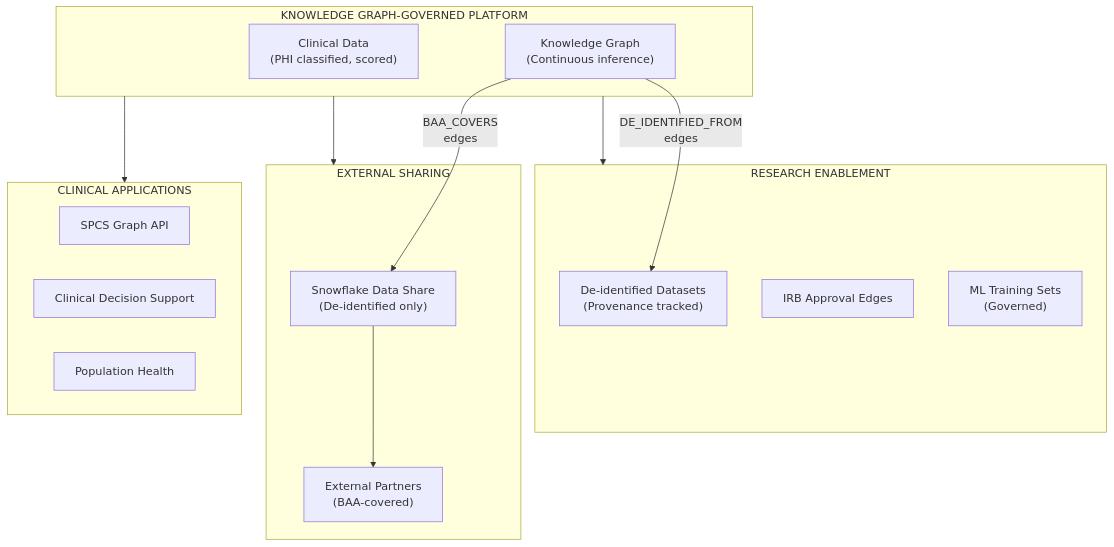
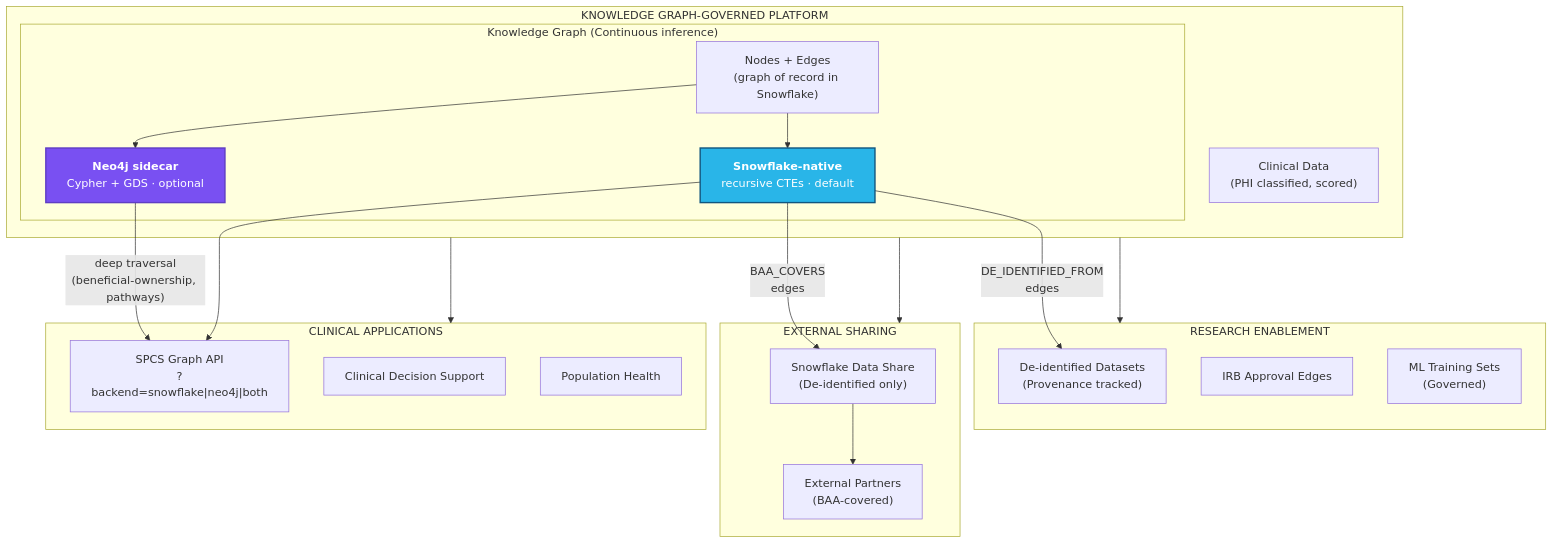
Before and after one commit to sfc-gh-smitchener-1/snowflake-dca-fullstack-demo: the third of 3 diagrams in industry-demos/hcls/ARCHITECTURE_STRATEGY.md, drawn with Mermaid. The commit also changed other lines of this file and 3 other files, not shown here.

````diff
--- a/industry-demos/hcls/ARCHITECTURE_STRATEGY.md
+++ b/industry-demos/hcls/ARCHITECTURE_STRATEGY.md
@@ -73,27 +87,40 @@
 ```mermaid
 flowchart TB
     subgraph GOVERNED["KNOWLEDGE GRAPH-GOVERNED PLATFORM"]
-        CLINICAL["Clinical Data\n(PHI classified, scored)"]
-        GRAPH["Knowledge Graph\n(Continuous inference)"]
+        CLINICAL["Clinical Data<br/>(PHI classified, scored)"]
+        subgraph KG["Knowledge Graph (Continuous inference)"]
+            NODES["Nodes + Edges<br/>(graph of record in Snowflake)"]
+            SF_ENG["<b>Snowflake-native</b><br/>recursive CTEs · default"]
+            NEO_ENG["<b>Neo4j sidecar</b><br/>Cypher + GDS · optional"]
+        end
     end
     subgraph RESEARCH["RESEARCH ENABLEMENT"]
-        DEID["De-identified Datasets\n(Provenance tracked)"]
+        DEID["De-identified Datasets<br/>(Provenance tracked)"]
         IRB["IRB Approval Edges"]
-        ML["ML Training Sets\n(Governed)"]
+        ML["ML Training Sets<br/>(Governed)"]
     end
     subgraph EXTERNAL["EXTERNAL SHARING"]
-        SHARE["Snowflake Data Share\n(De-identified only)"]
-        PARTNERS["External Partners\n(BAA-covered)"]
+        SHARE["Snowflake Data Share<br/>(De-identified only)"]
+        PARTNERS["External Partners<br/>(BAA-covered)"]
     end
     subgraph APPS["CLINICAL APPLICATIONS"]
-        SPCS["SPCS Graph API"]
+        SPCS["SPCS Graph API<br/>?backend=snowflake|neo4j|both"]
         CDS["Clinical Decision Support"]
         POP["Population Health"]
     end
+    NODES --> SF_ENG
+    NODES --> NEO_ENG
+    SF_ENG -->|"DE_IDENTIFIED_FROM<br/>edges"| DEID
+    SF_ENG -->|"BAA_COVERS<br/>edges"| SHARE
+    NEO_ENG -->|"deep traversal<br/>(beneficial-ownership, pathways)"| SPCS
+    SF_ENG --> SPCS
     GOVERNED --> RESEARCH
     GOVERNED --> EXTERNAL
     GOVERNED --> APPS
-    GRAPH -->|"DE_IDENTIFIED_FROM\nedges"| DEID
-    GRAPH -->|"BAA_COVERS\nedges"| SHARE
     SHARE --> PARTNERS
+
+    classDef snowflake fill:#29B5E8,stroke:#11567F,color:#fff,stroke-width:2px
+    classDef graphdb fill:#7950F2,stroke:#5F3DC4,color:#fff,stroke-width:2px
+    class SF_ENG snowflake
+    class NEO_ENG graphdb
 ```
````
